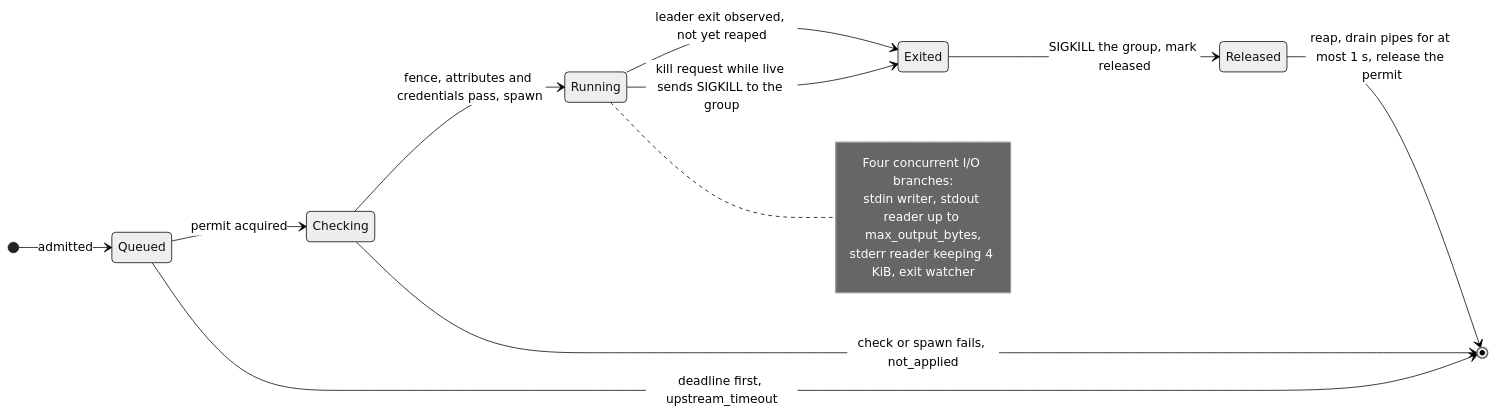
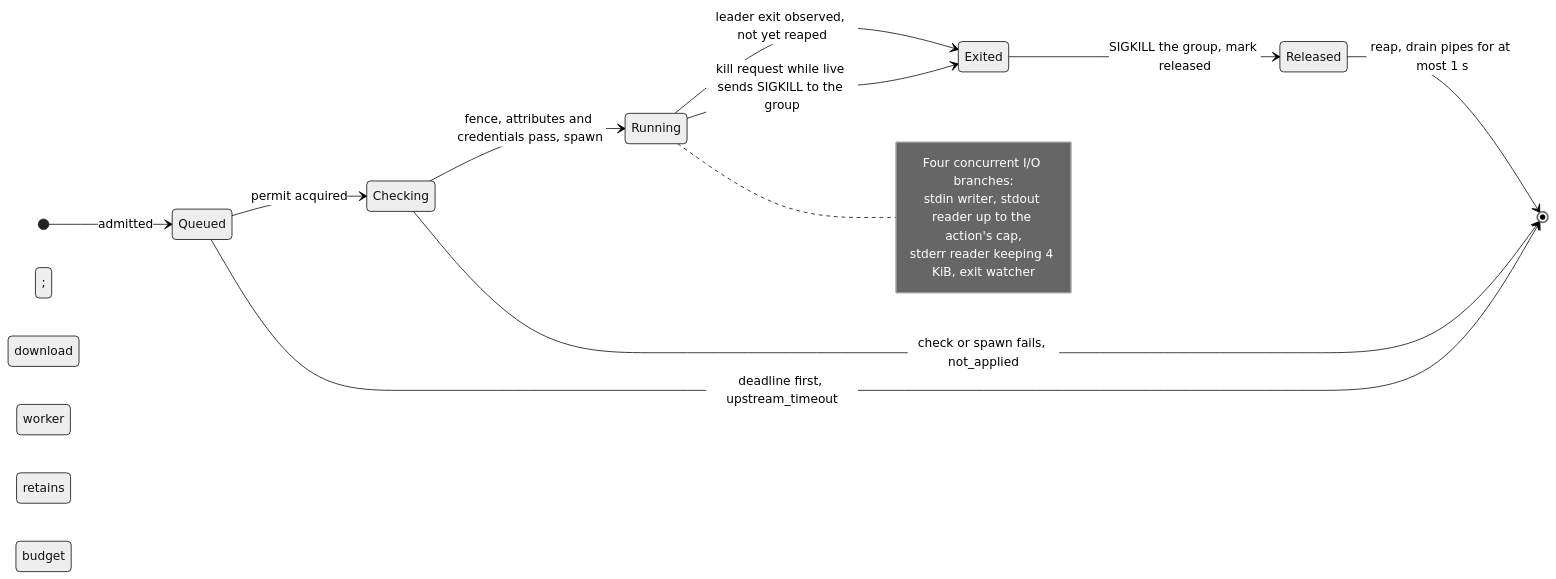
The sixth of 6 diagrams in docs/command-imports.md (kcosr/agent-access-broker), drawn with Mermaid (neutral theme) before and after one commit. The commit also changed other lines of this file and 81 other files, not shown here.

````diff
--- a/docs/command-imports.md
+++ b/docs/command-imports.md
@@ -894,18 +1014,18 @@
 ```mermaid
 stateDiagram-v2
     direction LR
     [*] --> Queued: admitted
     Queued --> Checking: permit acquired
     Queued --> [*]: deadline first, upstream_timeout
     Checking --> Running: fence, attributes and credentials pass, spawn
     Checking --> [*]: check or spawn fails, not_applied
     Running --> Exited: leader exit observed, not yet reaped
     Running --> Exited: kill request while live sends SIGKILL to the group
     Exited --> Released: SIGKILL the group, mark released
-    Released --> [*]: reap, drain pipes for at most 1 s, release the permit
+    Released --> [*]: reap, drain pipes for at most 1 s; download worker retains budget
     note right of Running
         Four concurrent I/O branches:
-        stdin writer, stdout reader up to max_output_bytes,
+        stdin writer, stdout reader up to the action's cap,
         stderr reader keeping 4 KiB, exit watcher
     end note
 ```
````
